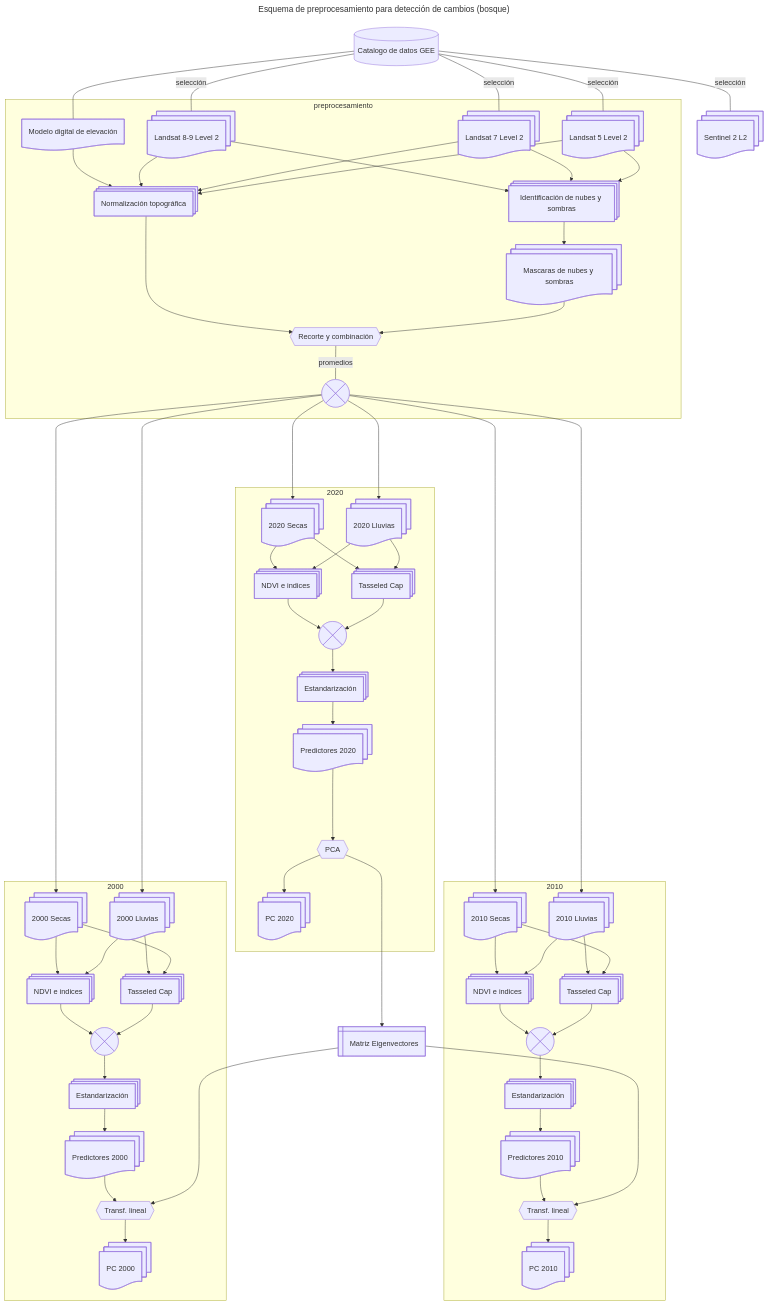
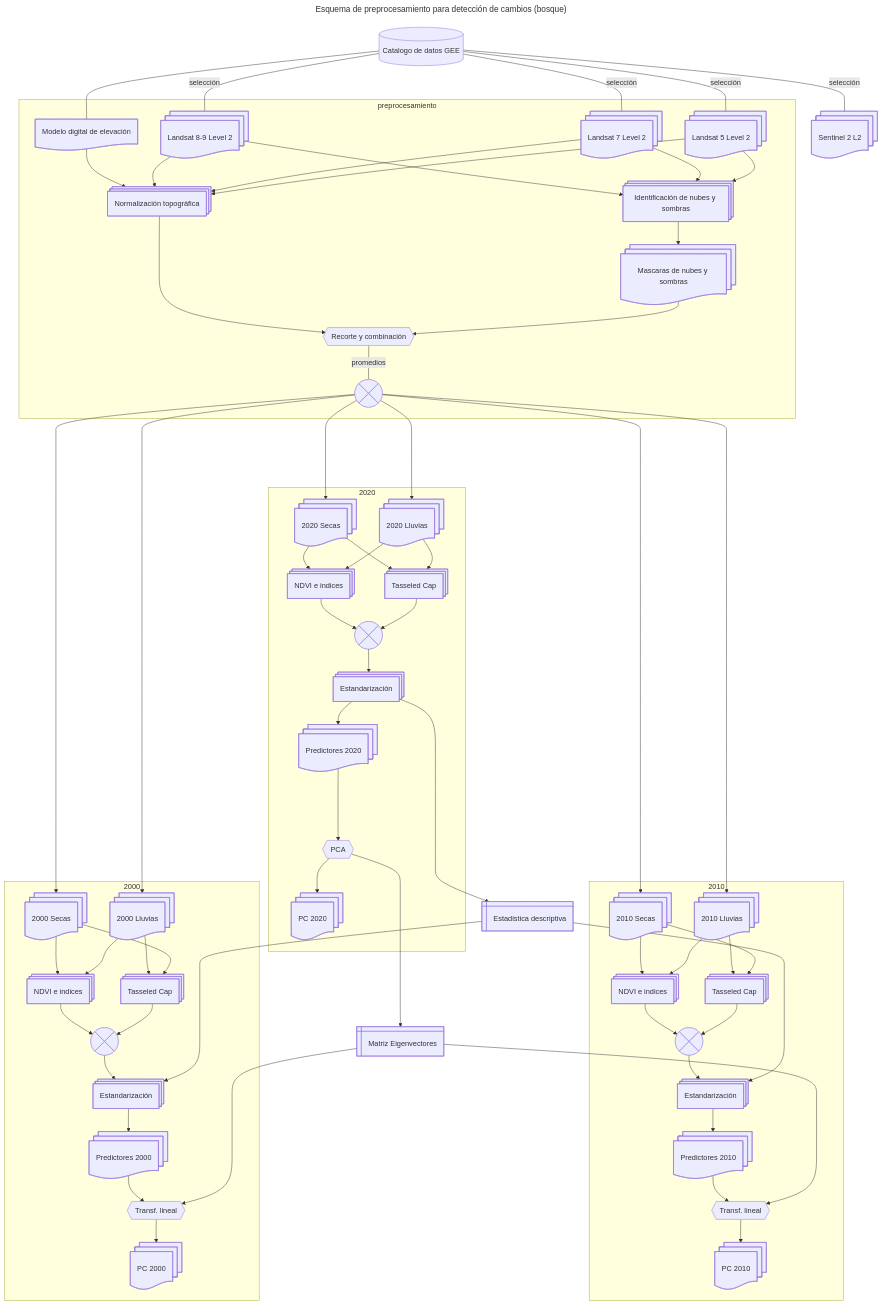
The diagram in ANPs/Esquema_preprocesamiento.mermaid (vshalisko/GEE), drawn with Mermaid before and after one commit.

```diff
--- a/ANPs/Esquema_preprocesamiento.mermaid
+++ b/ANPs/Esquema_preprocesamiento.mermaid
@@ -1,125 +1,130 @@
 ---
 title: Esquema de preprocesamiento para detección de cambios (bosque)
 ---
 flowchart TD
     gee1[(Catalogo de datos GEE)]
     Landsat8@{ shape: docs, label: Landsat 8-9 Level 2}
     Landsat7@{ shape: docs, label: Landsat 7 Level 2}
     Landsat5@{ shape: docs, label: Landsat 5 Level 2}
     Sentinel2@{ shape: docs, label: Sentinel 2 L2}
     MDE@{ shape: doc, label: Modelo digital de elevación}
     
     INS@{ shape: procs, label: "Identificación de nubes y sombras"}
     MNS@{ shape: docs, label: "Mascaras de nubes y sombras"}
     NT@{ shape: procs, label: "Normalización topográfica"}
     Combinacion1@{ shape: hex, label: "Recorte y combinación" }
     Combinacion2@{ shape: cross-circ, label: "Promedios de bandas" }
 
     BSecas2000@{ shape: docs, label: 2000 Secas}
     BLluvias2000@{ shape: docs, label: 2000 Lluvias}
     BSecas2010@{ shape: docs, label: 2010 Secas}
     BLluvias2010@{ shape: docs, label: 2010 Lluvias}
     BSecas2020@{ shape: docs, label: 2020 Secas}
     BLluvias2020@{ shape: docs, label: 2020 Lluvias}
 
     IndVeg2000@{ shape: procs, label: "NDVI e indices"}
     IndVeg2010@{ shape: procs, label: "NDVI e indices"}
     IndVeg2020@{ shape: procs, label: "NDVI e indices"}
     Tass2000@{ shape: procs, label: "Tasseled Cap"}
     Tass2010@{ shape: procs, label: "Tasseled Cap"}
     Tass2020@{ shape: procs, label: "Tasseled Cap"}
 
     Comb2000@{ shape: cross-circ, label: "Combinación" }
     Comb2010@{ shape: cross-circ, label: "Combinación" }
     Comb2020@{ shape: cross-circ, label: "Combinación" }
 
     Est2000@{ shape: procs, label: "Estandarización"}
     Est2010@{ shape: procs, label: "Estandarización"}
     Est2020@{ shape: procs, label: "Estandarización"}
 
     Capas2000@{ shape: docs, label: "Predictores 2000"}
     Capas2010@{ shape: docs, label: "Predictores 2010"}
     Capas2020@{ shape: docs, label: "Predictores 2020"}
 
     PCA2020@{ shape: hex, label: "PCA"}
     TL2000@{ shape: hex, label: "Transf. lineal"}
     TL2010@{ shape: hex, label: "Transf. lineal"}
 
     CapasPCA2000@{ shape: docs, label: "PC 2000"}
     CapasPCA2010@{ shape: docs, label: "PC 2010"}
     CapasPCA2020@{ shape: docs, label: "PC 2020"}
 
+    Estadisticas@{ shape: win-pane, label: "Estadistica descriptiva" }
     Eigenvectors@{ shape: win-pane, label: "Matriz Eigenvectores" }
 
     gee1---|selección|Landsat8
     gee1---|selección|Landsat7
     gee1---|selección|Landsat5
     gee1---|selección|Sentinel2
     gee1---MDE
 
     subgraph preprocesamiento
         Landsat8-->INS
         Landsat7-->INS
         Landsat5-->INS
 
         MDE-->NT
         Landsat8-->NT
         Landsat7-->NT
         Landsat5-->NT
 
         INS-->MNS
         NT-->Combinacion1
         MNS-->Combinacion1
         Combinacion1---|promedios|Combinacion2
         
     end
 
     Combinacion2---->BSecas2000
     Combinacion2---->BLluvias2000
     Combinacion2---->BSecas2010
     Combinacion2---->BLluvias2010
     Combinacion2---->BSecas2020
     Combinacion2---->BLluvias2020
 
     subgraph 2000
         BSecas2000-->IndVeg2000
         BLluvias2000-->Tass2000
         BLluvias2000-->IndVeg2000
         BSecas2000-->Tass2000
         IndVeg2000-->Comb2000
         Tass2000-->Comb2000
         Comb2000-->Est2000
         Est2000-->Capas2000
         Capas2000-->TL2000
         TL2000-->CapasPCA2000
     end
 
     subgraph 2010
         BSecas2010-->IndVeg2010
         BLluvias2010-->Tass2010
         BLluvias2010-->IndVeg2010
         BSecas2010-->Tass2010
         IndVeg2010-->Comb2010
         Tass2010-->Comb2010
         Comb2010-->Est2010
         Est2010-->Capas2010
         Capas2010-->TL2010
         TL2010-->CapasPCA2010
     end
 
     subgraph 2020
         BSecas2020-->IndVeg2020
         BSecas2020-->Tass2020
         BLluvias2020-->IndVeg2020
         BLluvias2020-->Tass2020
         IndVeg2020-->Comb2020
         Tass2020-->Comb2020
         Comb2020-->Est2020
         Est2020-->Capas2020
         Capas2020---->PCA2020
         PCA2020-->CapasPCA2020
     end
 
+    Est2020---->Estadisticas
+    Estadisticas---->Est2000
+    Estadisticas---->Est2010
+
     PCA2020---->Eigenvectors
     Eigenvectors---->TL2000
     Eigenvectors---->TL2010
```
